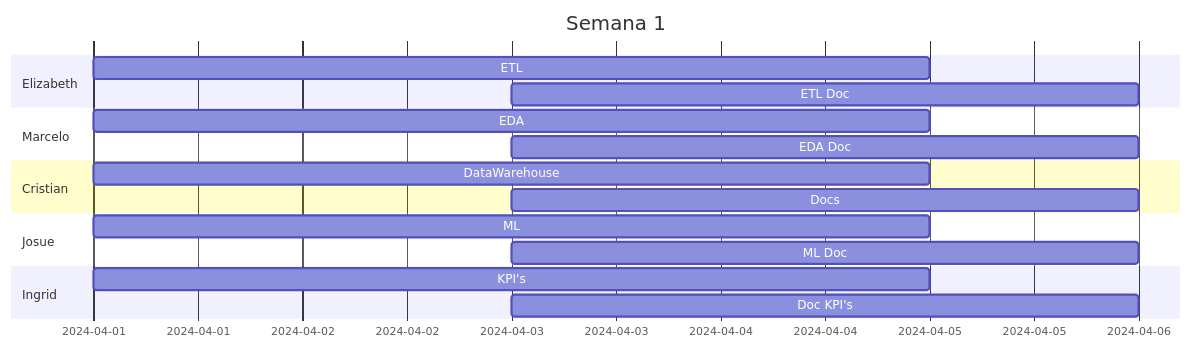
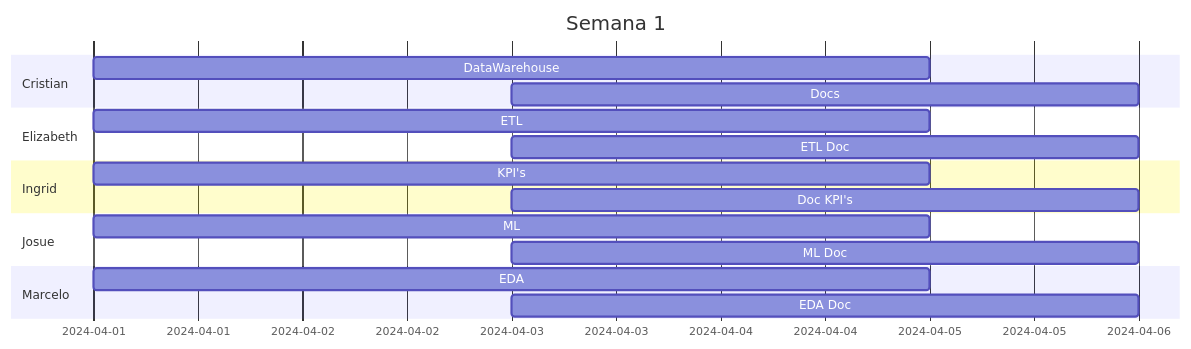
Before and after one commit to marceloyuba/SDT: the diagram in README.md, drawn with Mermaid.

````diff
--- a/README.md
+++ b/README.md
@@ -9,27 +9,29 @@
 ```mermaid
 gantt
     title Semana 1
 
+ section Cristian
+    DataWarehouse      :a1, 2024-04-01, 4d
+    Docs               :after a1, 2024-04-03, 3d
+
+
   section Elizabeth
-    ETL           :a1, 2024-04-01, 4d
-    ETL Doc    :after a1, 2024-04-03, 3d
+    ETL           :a2, 2024-04-01, 4d
+    ETL Doc    :after a2, 2024-04-03, 3d
 
-    section Marcelo
-    EDA           :a2, 2024-04-01, 4d
-    EDA Doc       :after a2, 2024-04-03, 3d
+section Ingrid
+    KPI's          :a3, 2024-04-01, 4d
+    Doc KPI's       :after a3,2024-04-03, 3d
 
-    section Cristian
-    DataWarehouse      :a3, 2024-04-01, 4d
-    Docs               :after a3, 2024-04-03, 3d
-    
-    section Josue
+section Josue
      ML           :a4, 2024-04-01, 4d
     ML Doc        :after a4,2024-04-03, 3d
+
+section Marcelo
+    EDA           :a5, 2024-04-01, 4d
+    EDA Doc       :after a5, 2024-04-03, 3d
     
 
-    section Ingrid
-    KPI's          :a5, 2024-04-01, 4d
-    Doc KPI's       :after a5,2024-04-03, 3d
    
 
 ```
````
